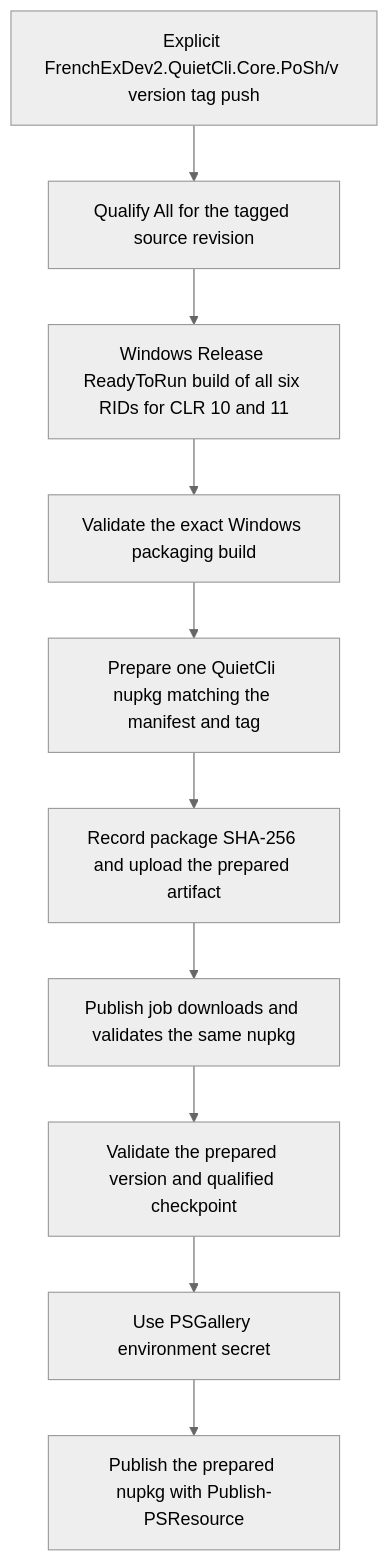
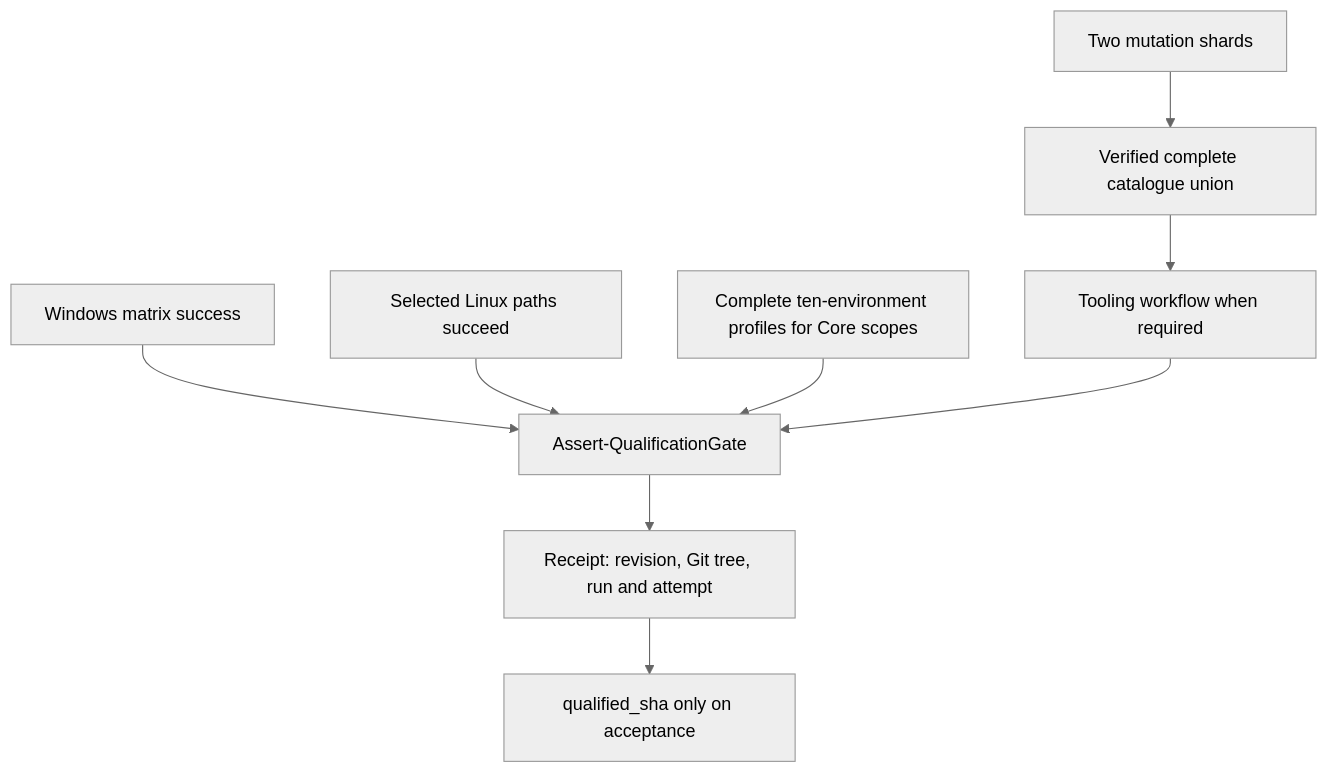
One commit to FrenchExDev2/QuietCli.PoSh changed the third of 4 diagrams in docs/ci/execution-model.md. Above: the diagram before and after it, drawn with Mermaid (neutral theme). The commit also changed other lines of this file and 116 other files, not shown here.

First line of the commit message:
ci: decouple Core tests and reuse scoped qualification (#3)

````diff
--- a/docs/ci/execution-model.md
+++ b/docs/ci/execution-model.md
@@ -71,12 +54,11 @@
 ```mermaid
 flowchart TD
-    D[Explicit FrenchExDev2.QuietCli.Core.PoSh/v version tag push] --> Q[Qualify All for the tagged source revision]
-    Q --> W[Windows Release ReadyToRun build of all six RIDs for CLR 10 and 11]
-    W --> T[Validate the exact Windows packaging build]
-    T --> P[Prepare one QuietCli nupkg matching the manifest and tag]
-    P --> H[Record package SHA-256 and upload the prepared artifact]
-    H --> V[Publish job downloads and validates the same nupkg]
-    V --> C[Validate the prepared version and qualified checkpoint]
-    C --> K[Use PSGallery environment secret]
-    K --> G[Publish the prepared nupkg with Publish-PSResource]
+    W[Windows matrix success] --> G[Assert-QualificationGate]
+    L[Selected Linux paths succeed] --> G
+    P[Complete ten-environment profiles for Core scopes] --> G
+    T[Tooling workflow when required] --> G
+    S[Two mutation shards] --> U[Verified complete catalogue union]
+    U --> T
+    G --> R[Receipt: revision, Git tree, run and attempt]
+    R --> SHA[qualified_sha only on acceptance]
 ```
````
